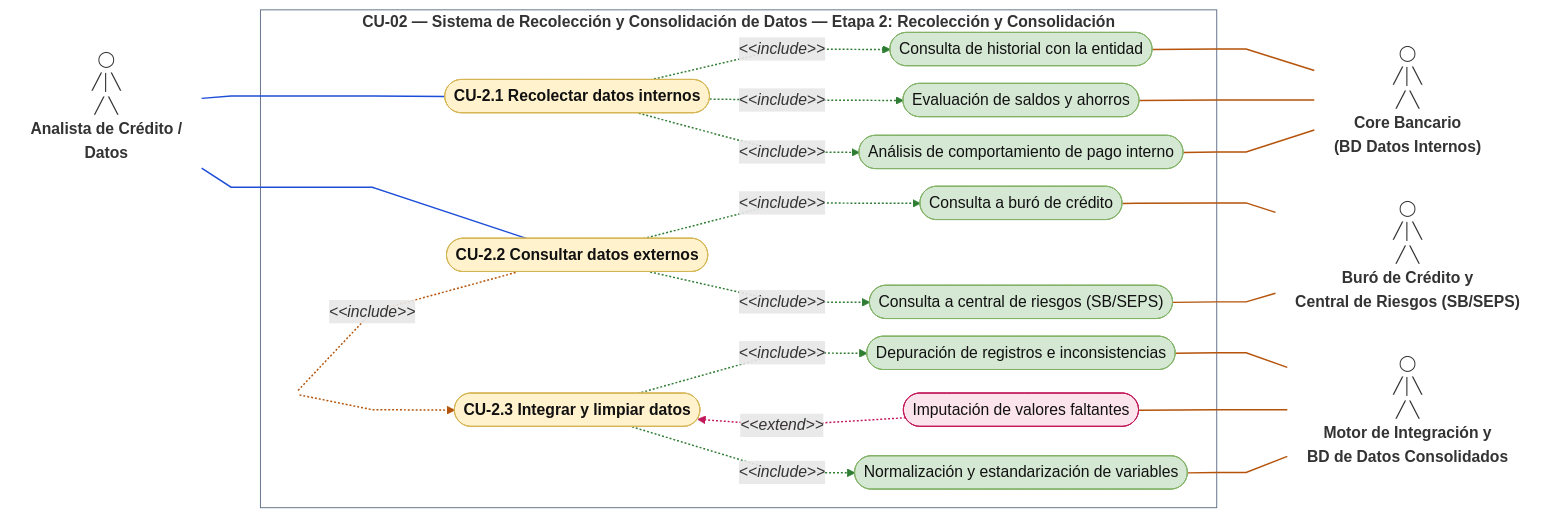
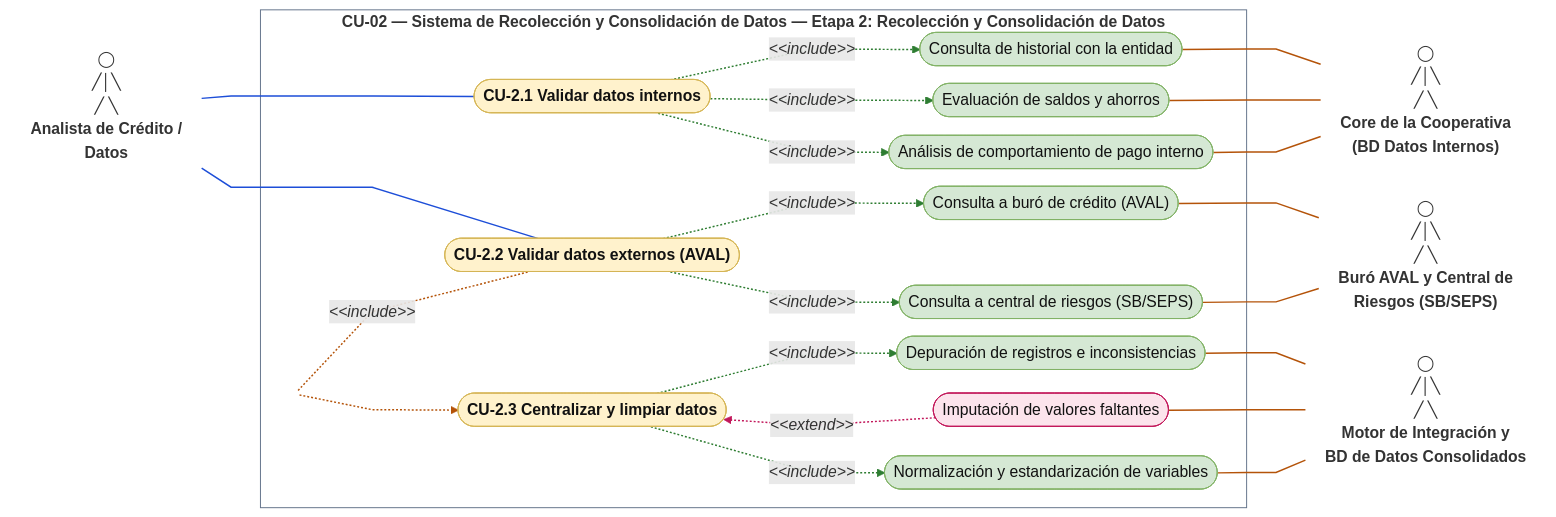
One commit to Antera-Labs/guidelines changed the third of 22 diagrams in docs/DAS.md. Above: the diagram before and after it, drawn with Mermaid. The commit also changed other lines of this file and 4 other files, not shown here.

````diff
--- a/docs/DAS.md
+++ b/docs/DAS.md
@@ -717,65 +724,65 @@
 ```mermaid
 ---
 config:
   layout: dagre
   look: classic
   flowchart:
     curve: linear
     nodeSpacing: 18
     rankSpacing: 60
     padding: 10
     wrappingWidth: 500
 ---
 flowchart LR
   classDef base fill:#fff2cc,stroke:#d6b656,color:#111
   classDef inc fill:#d5e8d4,stroke:#82b366,color:#111
   classDef ext fill:#fce4ec,stroke:#c2185b,color:#111
   classDef actor fill:none,stroke:none
   classDef aux fill:none,stroke:none
   A1["◯<br/>╱│╲<br/>╱ ╲<br/><b>Analista de Crédito /<br/>Datos</b>"]:::actor
-  subgraph SYS["<b>CU-02 — Sistema de Recolección y Consolidación de Datos — Etapa 2: Recolección y Consolidación</b>"]
+  subgraph SYS["<b>CU-02 — Sistema de Recolección y Consolidación de Datos — Etapa 2: Recolección y Consolidación de Datos</b>"]
     %% J*: puntos de paso invisibles para que los <<include>> entre casos base queden en la misma columna
     J1((" ")):::aux
-    U1(["<b>CU-2.1 Recolectar datos internos</b>"]):::base
-    U2(["<b>CU-2.2 Consultar datos externos</b>"]):::base
-    U3(["<b>CU-2.3 Integrar y limpiar datos</b>"]):::base
+    U1(["<b>CU-2.1 Validar datos internos</b>"]):::base
+    U2(["<b>CU-2.2 Validar datos externos (AVAL)</b>"]):::base
+    U3(["<b>CU-2.3 Centralizar y limpiar datos</b>"]):::base
     U1S1(["Consulta de historial con la entidad"]):::inc
     U1S2(["Evaluación de saldos y ahorros"]):::inc
     U1S3(["Análisis de comportamiento de pago interno"]):::inc
-    U2S1(["Consulta a buró de crédito"]):::inc
+    U2S1(["Consulta a buró de crédito (AVAL)"]):::inc
     U2S2(["Consulta a central de riesgos (SB/SEPS)"]):::inc
     U3S1(["Depuración de registros e inconsistencias"]):::inc
     U3S2(["Imputación de valores faltantes"]):::ext
     U3S3(["Normalización y estandarización de variables"]):::inc
   end
-  M1["◯<br/>╱│╲<br/>╱ ╲<br/><b>Core Bancario<br/>(BD Datos Internos)</b>"]:::actor
-  M2["◯<br/>╱│╲<br/>╱ ╲<br/><b>Buró de Crédito y<br/>Central de Riesgos (SB/SEPS)</b>"]:::actor
+  M1["◯<br/>╱│╲<br/>╱ ╲<br/><b>Core de la Cooperativa<br/>(BD Datos Internos)</b>"]:::actor
+  M2["◯<br/>╱│╲<br/>╱ ╲<br/><b>Buró AVAL y Central de<br/>Riesgos (SB/SEPS)</b>"]:::actor
   M3["◯<br/>╱│╲<br/>╱ ╲<br/><b>Motor de Integración y<br/>BD de Datos Consolidados</b>"]:::actor
   A1 ---- U1
   A1 ---- U2
   J1 -.-|"<i>&lt;&lt;include&gt;&gt;</i>"| U2
   J1 -.-> U3
   U1 -.->|"<i>&lt;&lt;include&gt;&gt;</i>"| U1S1
   U1 -.->|"<i>&lt;&lt;include&gt;&gt;</i>"| U1S2
   U1 -.->|"<i>&lt;&lt;include&gt;&gt;</i>"| U1S3
   U2 -.->|"<i>&lt;&lt;include&gt;&gt;</i>"| U2S1
   U2 -.->|"<i>&lt;&lt;include&gt;&gt;</i>"| U2S2
   U3 -.->|"<i>&lt;&lt;include&gt;&gt;</i>"| U3S1
   U3 ~~~ U3S2
   U3S2 -.->|"<i>&lt;&lt;extend&gt;&gt;</i>"| U3
   U3 -.->|"<i>&lt;&lt;include&gt;&gt;</i>"| U3S3
   U1S1 --- M1
   U1S2 --- M1
   U1S3 --- M1
   U2S1 --- M2
   U2S2 --- M2
   U3S1 --- M3
   U3S2 --- M3
   U3S3 --- M3
   linkStyle 0,1 stroke:#1d4ed8,stroke-width:1.5px
   linkStyle 2,3 stroke:#b45309,stroke-width:1.5px
   linkStyle 4,5,6,7,8,9,12 stroke:#2e7d32,stroke-width:1.5px
   linkStyle 11 stroke:#c2185b,stroke-width:1.5px
   linkStyle 13,14,15,16,17,18,19,20 stroke:#b45309,stroke-width:1.5px
   style SYS fill:transparent,stroke:#64748b
 ```
````
